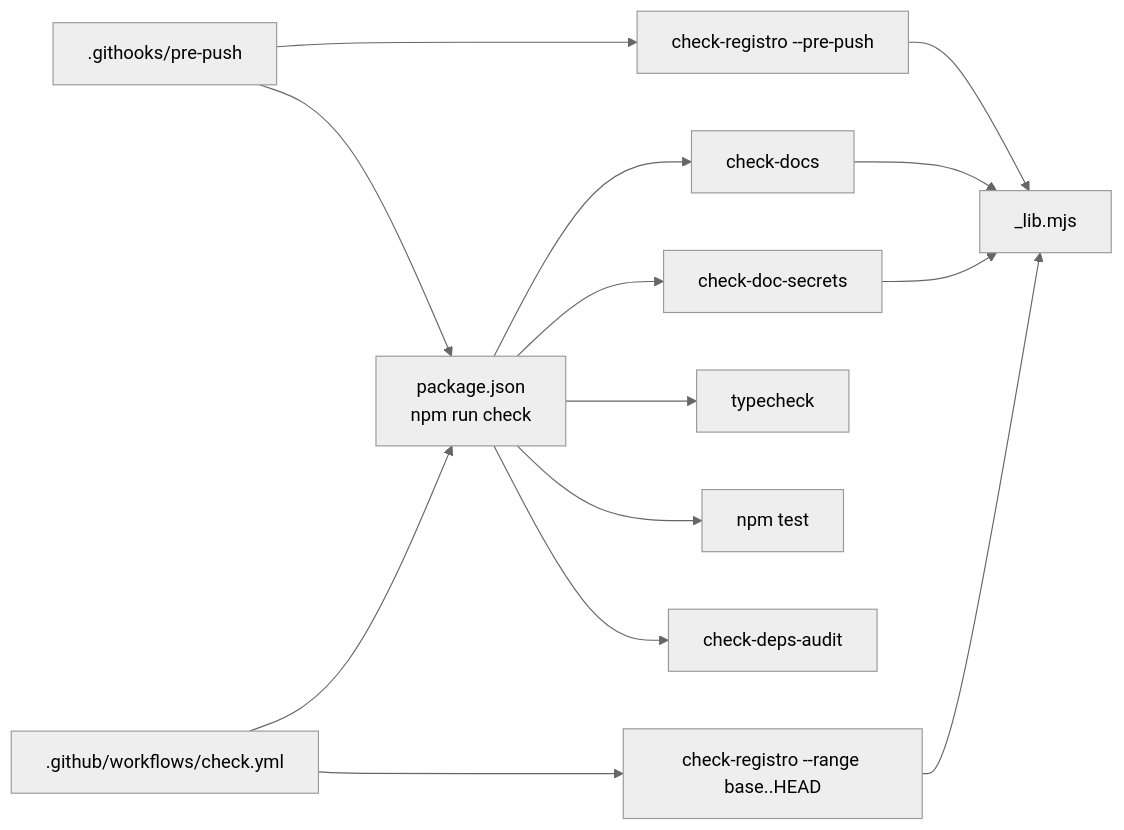
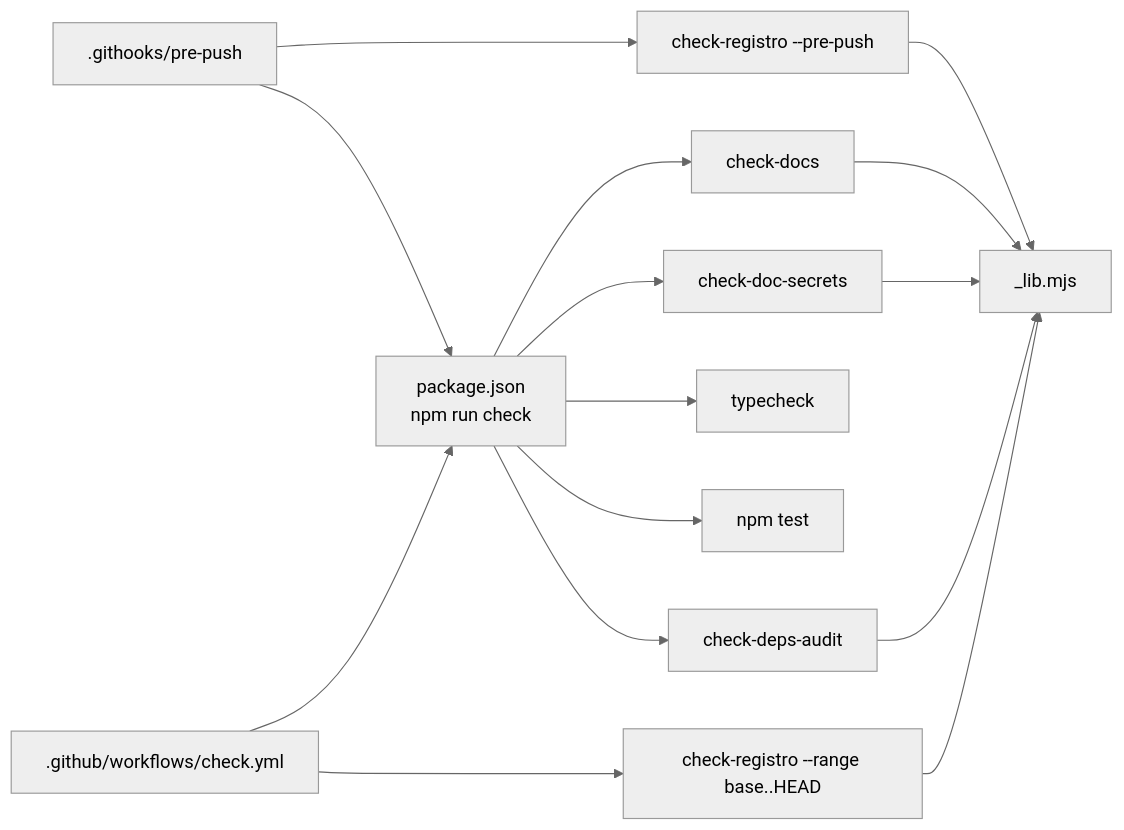
One commit to TokumoH/RevocastCameras changed the diagram in scripts/README.md. Above: the diagram before and after it, drawn with Mermaid (neutral theme). The commit also changed other lines of this file and 6 other files, not shown here.

````diff
--- a/scripts/README.md
+++ b/scripts/README.md
@@ -59,9 +61,9 @@
 ```mermaid
 flowchart LR
     PKG[package.json<br/>npm run check] --> CD[check-docs] & CS[check-doc-secrets] & TC[typecheck] & TS[npm test] & AU[check-deps-audit]
     HOOK[.githooks/pre-push] --> CR[check-registro --pre-push]
     HOOK --> PKG
     CI[.github/workflows/check.yml] --> PKG
     CI --> CR2[check-registro --range base..HEAD]
-    CD & CS & CR & CR2 --> LIB[_lib.mjs]
+    CD & CS & CR & CR2 & AU --> LIB[_lib.mjs]
 ```
````
